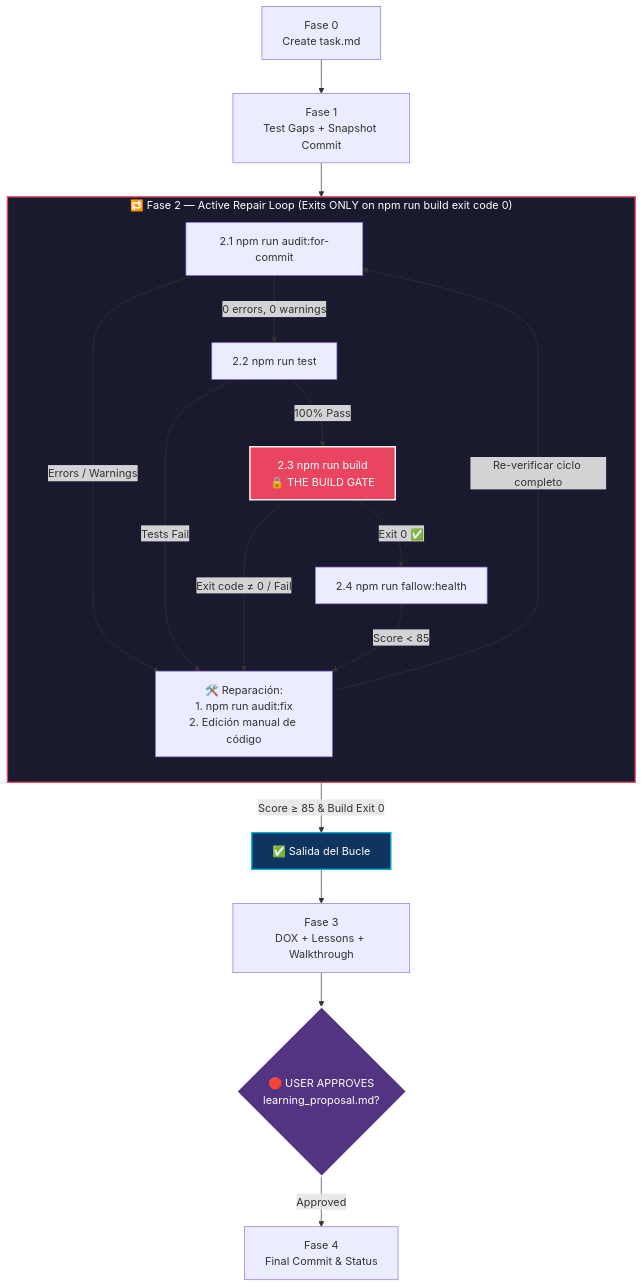
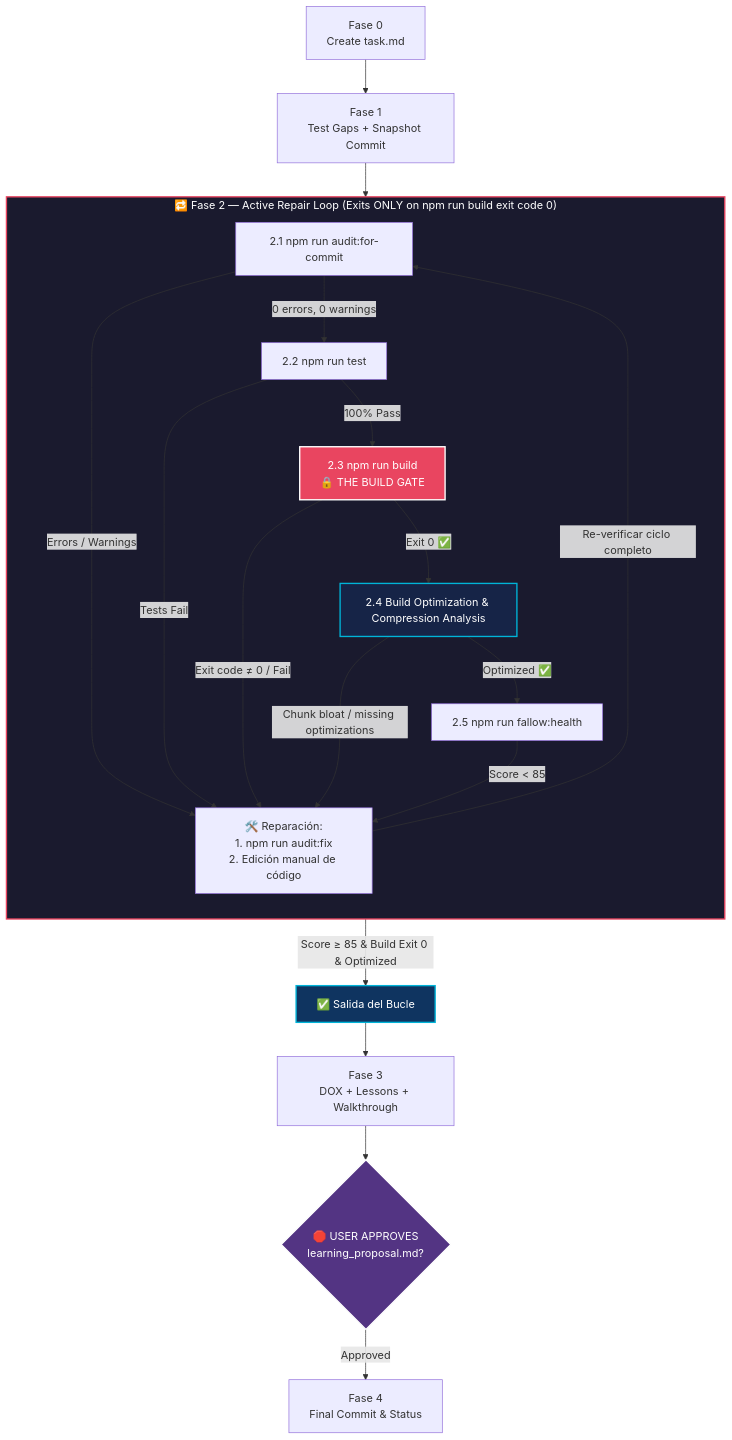
One commit to Darkham77/PokeBorrador changed the diagram in .agents/skills/safe-commit/SKILL.md. Above: the diagram before and after it, drawn with Mermaid. The commit also changed other lines of this file and 651 other files, not shown here.

````diff
--- a/.agents/skills/safe-commit/SKILL.md
+++ b/.agents/skills/safe-commit/SKILL.md
@@ -32,30 +32,33 @@
 ```mermaid
 graph TD
     A0[Fase 0\nCreate task.md] --> A1
     A1[Fase 1\nTest Gaps + Snapshot Commit] --> LOOP
 
     subgraph LOOP ["🔁 Fase 2 — Active Repair Loop (Exits ONLY on npm run build exit code 0)"]
         direction TB
         C1[2.1 npm run audit:for-commit] -->|Errors / Warnings| REPAIR[🛠️ Reparación:\n1. npm run audit:fix\n2. Edición manual de código]
         C1 -->|0 errors, 0 warnings| C2[2.2 npm run test]
         
         C2 -->|Tests Fail| REPAIR
         C2 -->|100% Pass| C3[2.3 npm run build\n🔒 THE BUILD GATE]
         
         C3 -->|Exit code ≠ 0 / Fail| REPAIR
-        C3 -->|Exit 0 ✅| C4[2.4 npm run fallow:health]
+        C3 -->|Exit 0 ✅| C4[2.4 Build Optimization & Compression Analysis]
+        C4 -->|Chunk bloat / missing optimizations| REPAIR
+        C4 -->|Optimized ✅| C5[2.5 npm run fallow:health]
         
-        C4 -->|Score < 85| REPAIR
+        C5 -->|Score < 85| REPAIR
         REPAIR -->|Re-verificar ciclo completo| C1
     end
 
-    C4 -->|Score ≥ 85 & Build Exit 0| EXIT_GATE[✅ Salida del Bucle]
+    C5 -->|Score ≥ 85 & Build Exit 0 & Optimized| EXIT_GATE[✅ Salida del Bucle]
     EXIT_GATE --> A3[Fase 3\nDOX + Lessons + Walkthrough]
     A3 --> STOP1{🛑 USER APPROVES\nlearning_proposal.md?}
     STOP1 -->|Approved| A4[Fase 4\nFinal Commit & Status]
 
     style LOOP fill:#1a1a2e,stroke:#e94560,stroke-width:2px,color:#fff
     style C3 fill:#e94560,stroke:#fff,stroke-width:2px,color:#fff
+    style C4 fill:#162447,stroke:#00b4d8,stroke-width:2px,color:#fff
     style EXIT_GATE fill:#0f3460,stroke:#00b4d8,stroke-width:2px,color:#fff
     style STOP1 fill:#533483,stroke:#fff,stroke-width:2px,color:#fff
 ```
````
